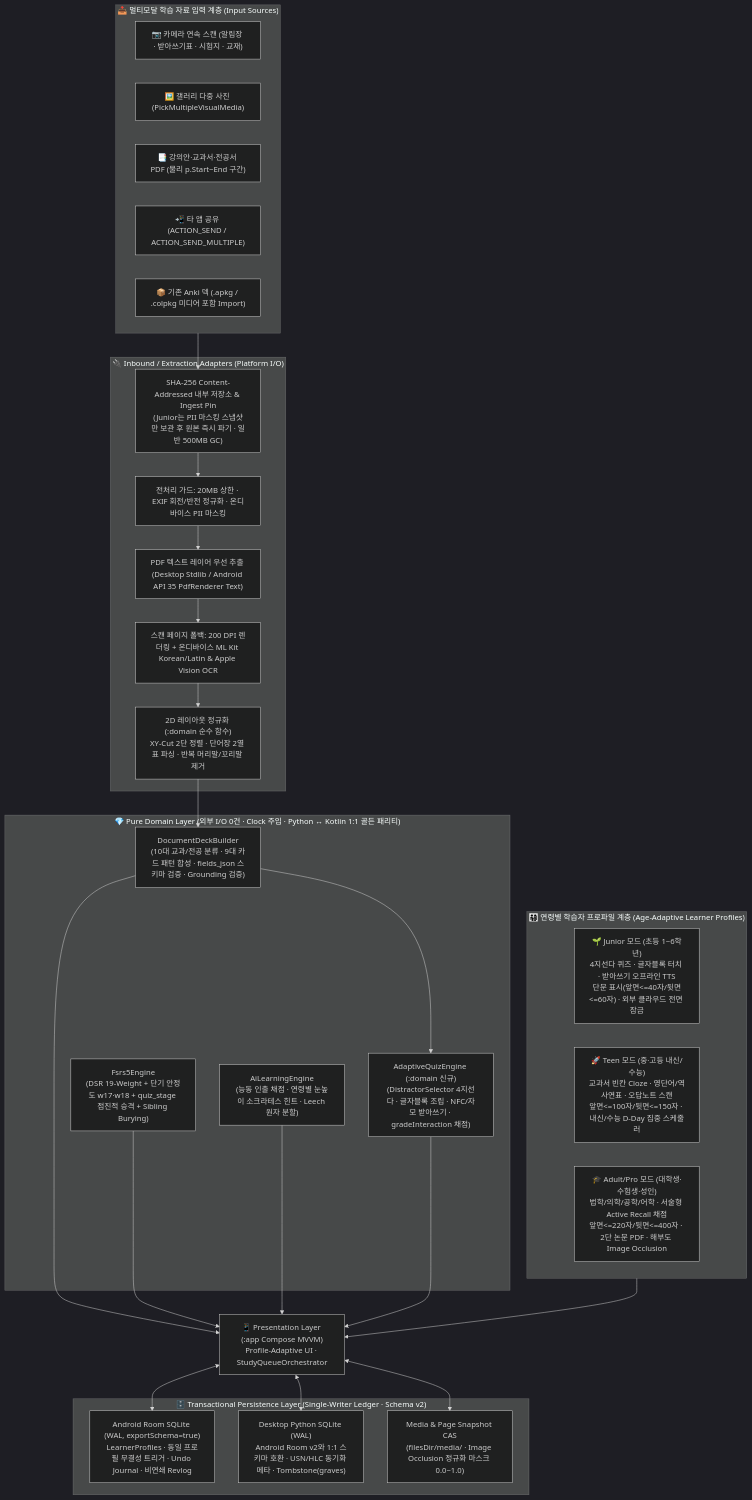
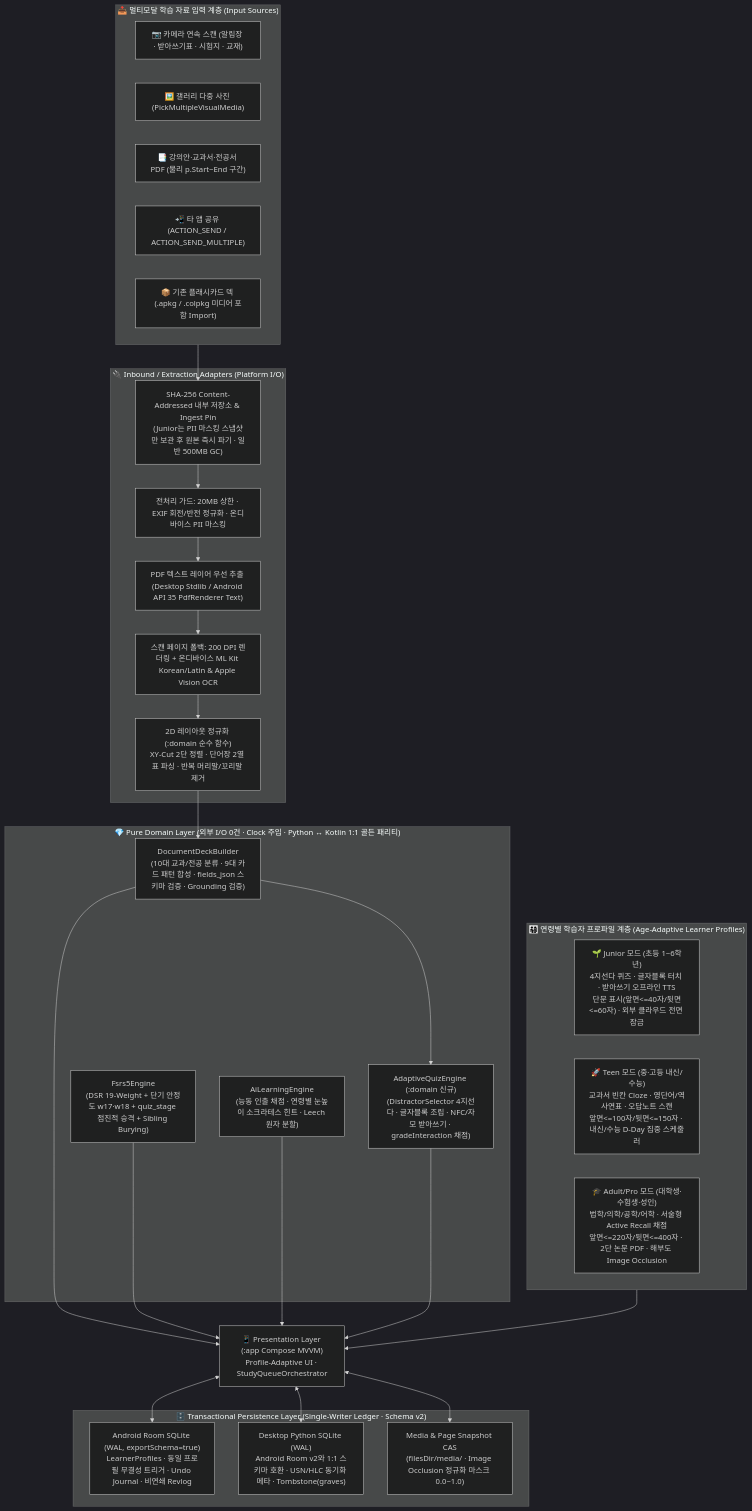
One commit to ssacho3-blip/BrainDeck changed the diagram in docs/ARCHITECTURE_AND_FEATURE_BLUEPRINT.md. Above: the diagram before and after it, drawn with Mermaid (dark theme). The commit also changed other lines of this file and 22 other files, not shown here.

````diff
--- a/docs/ARCHITECTURE_AND_FEATURE_BLUEPRINT.md
+++ b/docs/ARCHITECTURE_AND_FEATURE_BLUEPRINT.md
@@ -13,43 +13,43 @@
 ```mermaid
 flowchart TB
     subgraph Profiles["👨‍👩‍👧‍👦 연령별 학습자 프로파일 계층 (Age-Adaptive Learner Profiles)"]
         P_JR["🌱 Junior 모드 (초등 1~6학년)\n4지선다 퀴즈 · 글자블록 터치 · 받아쓰기 오프라인 TTS\n단문 표시(앞면<=40자/뒷면<=60자) · 외부 클라우드 전면 잠금"]
         P_TN["🚀 Teen 모드 (중·고등 내신/수능)\n교과서 빈칸 Cloze · 영단어/역사연표 · 오답노트 스캔\n앞면<=100자/뒷면<=150자 · 내신/수능 D-Day 집중 스케줄러"]
         P_AD["🎓 Adult/Pro 모드 (대학생·수험생·성인)\n법학/의학/공학/어학 · 서술형 Active Recall 채점\n앞면<=220자/뒷면<=400자 · 2단 논문 PDF · 해부도 Image Occlusion"]
     end
 
     subgraph Inputs["📥 멀티모달 학습 자료 입력 계층 (Input Sources)"]
         CAM["📷 카메라 연속 스캔 (알림장 · 받아쓰기표 · 시험지 · 교재)"]
         GAL["🖼️ 갤러리 다중 사진 (PickMultipleVisualMedia)"]
         PDF["📑 강의안·교과서·전공서 PDF (물리 p.Start~End 구간)"]
         SHARE["📲 타 앱 공유 (ACTION_SEND / ACTION_SEND_MULTIPLE)"]
-        APKG["📦 기존 Anki 덱 (.apkg / .colpkg 미디어 포함 Import)"]
+        APKG["📦 기존 플래시카드 덱 (.apkg / .colpkg 미디어 포함 Import)"]
     end
 
     subgraph Adapters_In["🔌 Inbound / Extraction Adapters (Platform I/O)"]
         CAS["SHA-256 Content-Addressed 내부 저장소 & Ingest Pin\n(Junior는 PII 마스킹 스냅샷만 보관 후 원본 즉시 파기 · 일반 500MB GC)"]
         PRE["전처리 가드: 20MB 상한 · EXIF 회전/반전 정규화 · 온디바이스 PII 마스킹"]
         TEXT_FIRST["PDF 텍스트 레이어 우선 추출 (Desktop Stdlib / Android API 35 PdfRenderer Text)"]
         OCR_FALLBACK["스캔 페이지 폴백: 200 DPI 렌더링 + 온디바이스 ML Kit Korean/Latin & Apple Vision OCR"]
         LAYOUT["2D 레이아웃 정규화 (:domain 순수 함수)\nXY-Cut 2단 정렬 · 단어장 2열 표 파싱 · 반복 머리말/꼬리말 제거"]
     end
 
     subgraph Pure_Domain["💎 Pure Domain Layer (외부 I/O 0건 · Clock 주입 · Python ↔ Kotlin 1:1 골든 패리티)"]
         DDB["DocumentDeckBuilder\n(10대 교과/전공 분류 · 9대 카드 패턴 합성 · fields_json 스키마 검증 · Grounding 검증)"]
         QUIZ["AdaptiveQuizEngine (:domain 신규)\n(DistractorSelector 4지선다 · 글자블록 조립 · NFC/자모 받아쓰기 · gradeInteraction 채점)"]
         FSRS["Fsrs5Engine\n(DSR 19-Weight + 단기 안정도 w17·w18 + quiz_stage 점진적 승격 + Sibling Burying)"]
         AI_DOM["AiLearningEngine\n(능동 인출 채점 · 연령별 눈높이 소크라테스 힌트 · Leech 원자 분할)"]
     end
 
     subgraph Storage["🗄️ Transactional Persistence Layer (Single-Writer Ledger · Schema v2)"]
         ROOM["Android Room SQLite (WAL, exportSchema=true)\nLearnerProfiles · 동일 프로필 무결성 트리거 · Undo Journal · 비연쇄 Revlog"]
         SQLITE["Desktop Python SQLite (WAL)\nAndroid Room v2와 1:1 스키마 호환 · USN/HLC 동기화 메타 · Tombstone(graves)"]
         MEDIA["Media & Page Snapshot CAS\n(filesDir/media/<sha256> · Image Occlusion 정규화 마스크 0.0~1.0)"]
     end
 
     Profiles --> VM["📱 Presentation Layer (:app Compose MVVM)\nProfile-Adaptive UI · StudyQueueOrchestrator"]
     Inputs --> CAS --> PRE --> TEXT_FIRST --> OCR_FALLBACK --> LAYOUT --> DDB
     DDB --> QUIZ & VM
     FSRS & AI_DOM & QUIZ --> VM
     VM <--> ROOM & SQLITE & MEDIA
 ```
````
